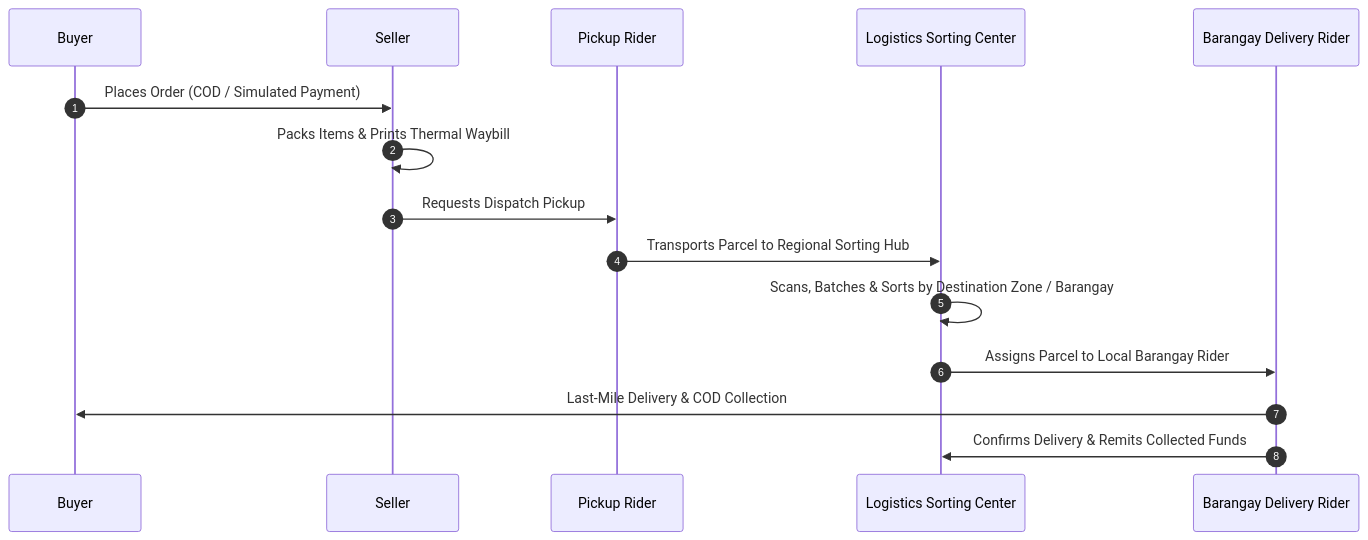
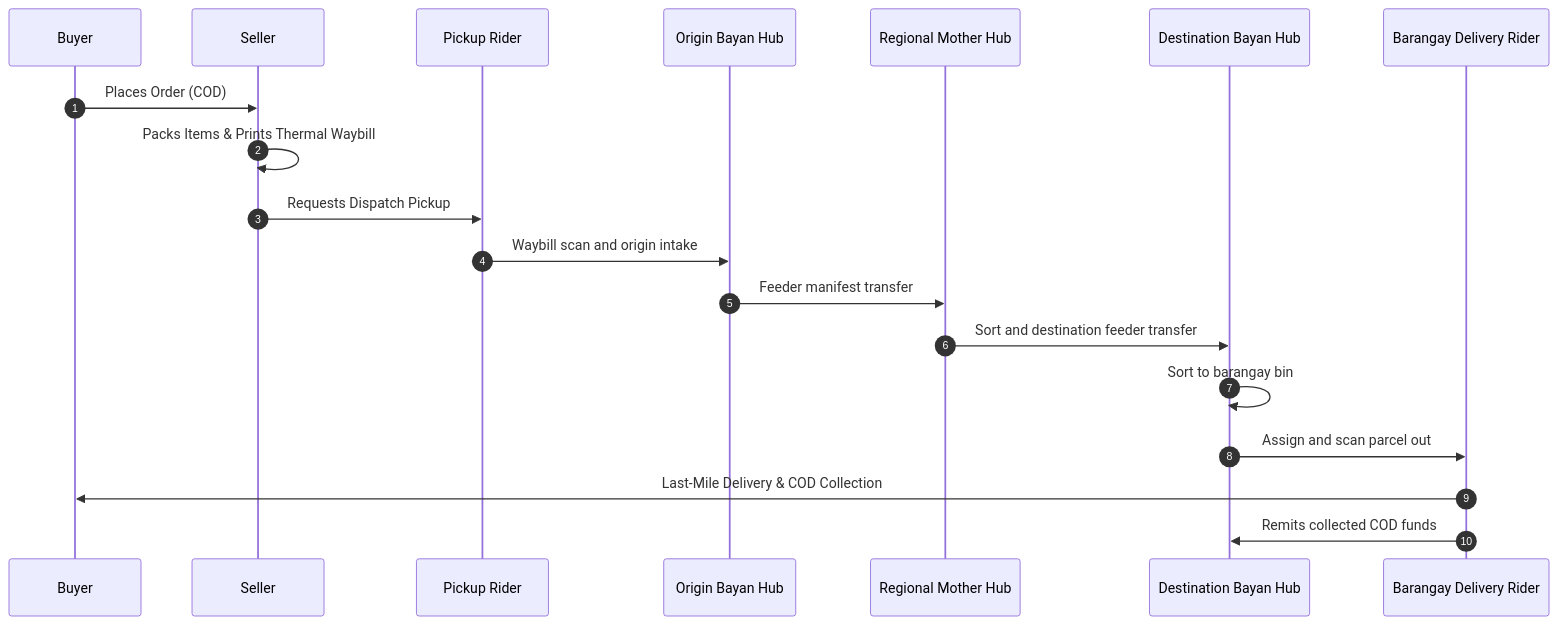
Before and after one commit to Auvryy/BagooPH: the second of 3 diagrams in docs/PROJECT_PLAN.md, drawn with Mermaid. The commit also changed other lines of this file and 33 other files, not shown here.

First line of the commit message:
Logistics/flow (#38)

````diff
--- a/docs/PROJECT_PLAN.md
+++ b/docs/PROJECT_PLAN.md
@@ -34,18 +38,22 @@
 ```mermaid
 sequenceDiagram
     autonumber
     participant Buyer
     participant Seller
     participant PickupRider as Pickup Rider
-    participant Hub as Logistics Sorting Center
+    participant OriginHub as Origin Bayan Hub
+    participant MotherHub as Regional Mother Hub
+    participant DestinationHub as Destination Bayan Hub
     participant DeliveryRider as Barangay Delivery Rider
 
-    Buyer->>Seller: Places Order (COD / Simulated Payment)
+    Buyer->>Seller: Places Order (COD)
     Seller->>Seller: Packs Items & Prints Thermal Waybill
     Seller->>PickupRider: Requests Dispatch Pickup
-    PickupRider->>Hub: Transports Parcel to Regional Sorting Hub
-    Hub->>Hub: Scans, Batches & Sorts by Destination Zone / Barangay
-    Hub->>DeliveryRider: Assigns Parcel to Local Barangay Rider
+    PickupRider->>OriginHub: Waybill scan and origin intake
+    OriginHub->>MotherHub: Feeder manifest transfer
+    MotherHub->>DestinationHub: Sort and destination feeder transfer
+    DestinationHub->>DestinationHub: Sort to barangay bin
+    DestinationHub->>DeliveryRider: Assign and scan parcel out
     DeliveryRider->>Buyer: Last-Mile Delivery & COD Collection
-    DeliveryRider->>Hub: Confirms Delivery & Remits Collected Funds
+    DeliveryRider->>DestinationHub: Remits collected COD funds
 ```
````
